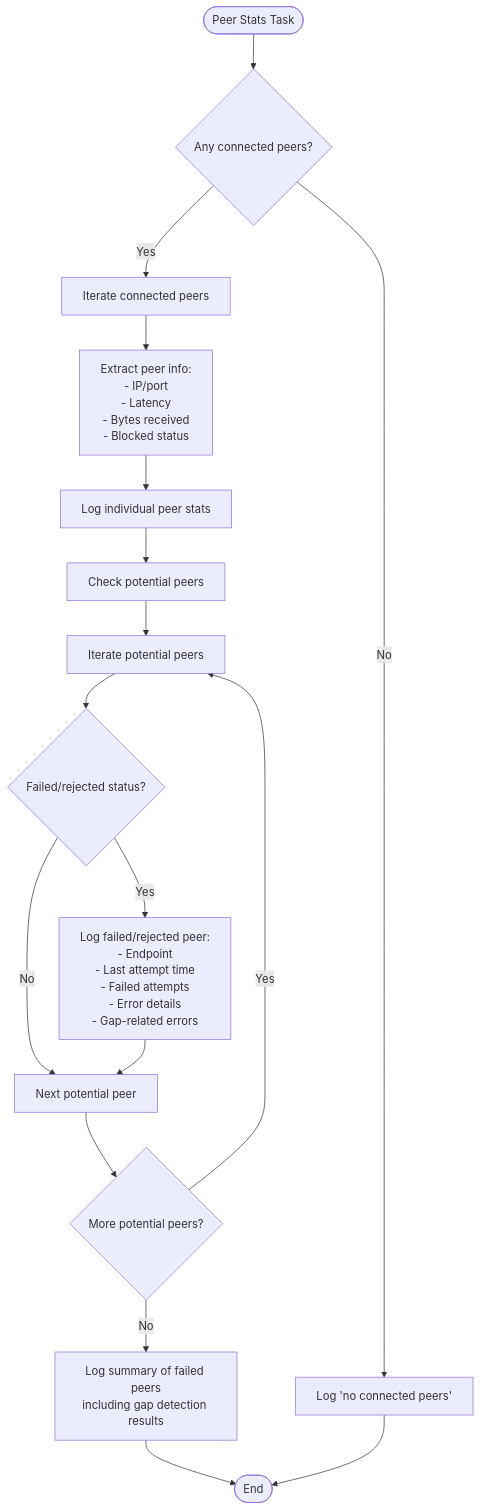
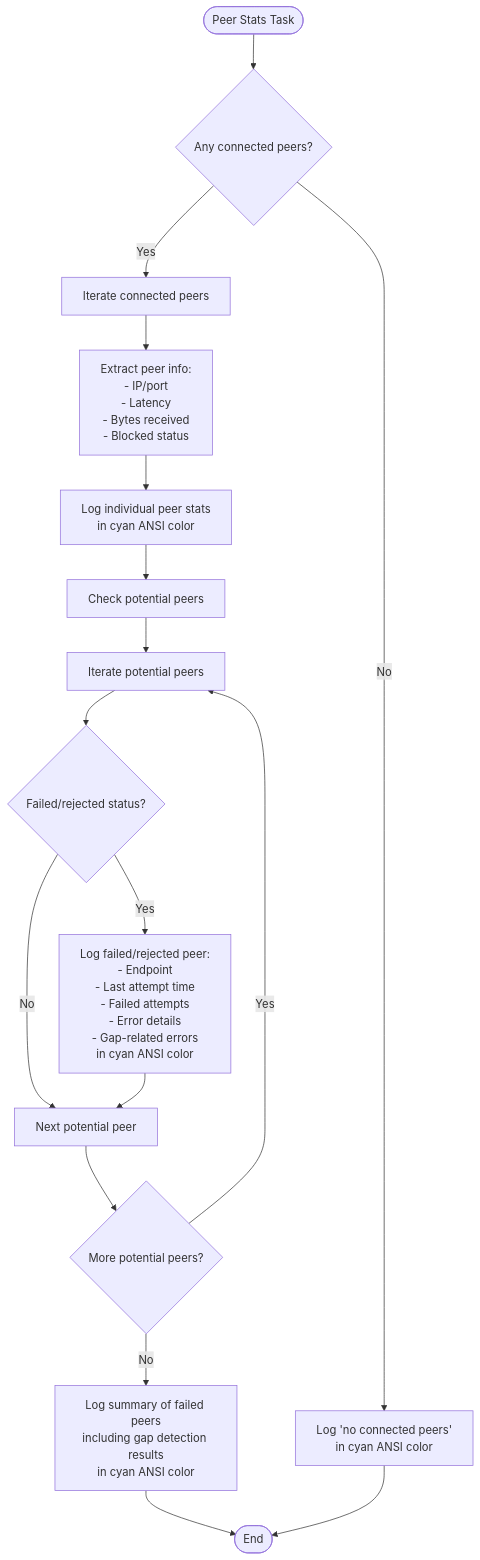
Diagram 18 of 36 in .qoder/repowiki/en/content/P2p Plugin.md (VIZ-Blockchain/viz-cpp-node), drawn with Mermaid before and after one commit. The commit also changed other lines of this file and 3 other files, not shown here.

````diff
--- a/.qoder/repowiki/en/content/P2p Plugin.md
+++ b/.qoder/repowiki/en/content/P2p Plugin.md
@@ -741,19 +756,19 @@
 ```mermaid
 flowchart TD
 Start([Peer Stats Task]) --> CheckPeers{"Any connected peers?"}
-CheckPeers --> |No| LogNoPeers["Log 'no connected peers'"]
+CheckPeers --> |No| LogNoPeers["Log 'no connected peers'<br/>in cyan ANSI color"]
 CheckPeers --> |Yes| IteratePeers["Iterate connected peers"]
 IteratePeers --> ExtractInfo["Extract peer info:<br/>- IP/port<br/>- Latency<br/>- Bytes received<br/>- Blocked status"]
-ExtractInfo --> LogPeer["Log individual peer stats"]
+ExtractInfo --> LogPeer["Log individual peer stats<br/>in cyan ANSI color"]
 LogPeer --> CheckPotential["Check potential peers"]
 CheckPotential --> IteratePotential["Iterate potential peers"]
 IteratePotential --> CheckStatus{"Failed/rejected status?"}
 CheckStatus --> |No| NextPeer["Next potential peer"]
-CheckStatus --> |Yes| LogPotential["Log failed/rejected peer:<br/>- Endpoint<br/>- Last attempt time<br/>- Failed attempts<br/>- Error details<br/>- Gap-related errors"]
+CheckStatus --> |Yes| LogPotential["Log failed/rejected peer:<br/>- Endpoint<br/>- Last attempt time<br/>- Failed attempts<br/>- Error details<br/>- Gap-related errors<br/>in cyan ANSI color"]
 LogPotential --> NextPeer
 NextPeer --> CheckMore{"More potential peers?"}
 CheckMore --> |Yes| IteratePotential
-CheckMore --> |No| LogSummary["Log summary of failed peers<br/>including gap detection results"]
+CheckMore --> |No| LogSummary["Log summary of failed peers<br/>including gap detection results<br/>in cyan ANSI color"]
 LogSummary --> End([End])
 LogNoPeers --> End
 ```
````
